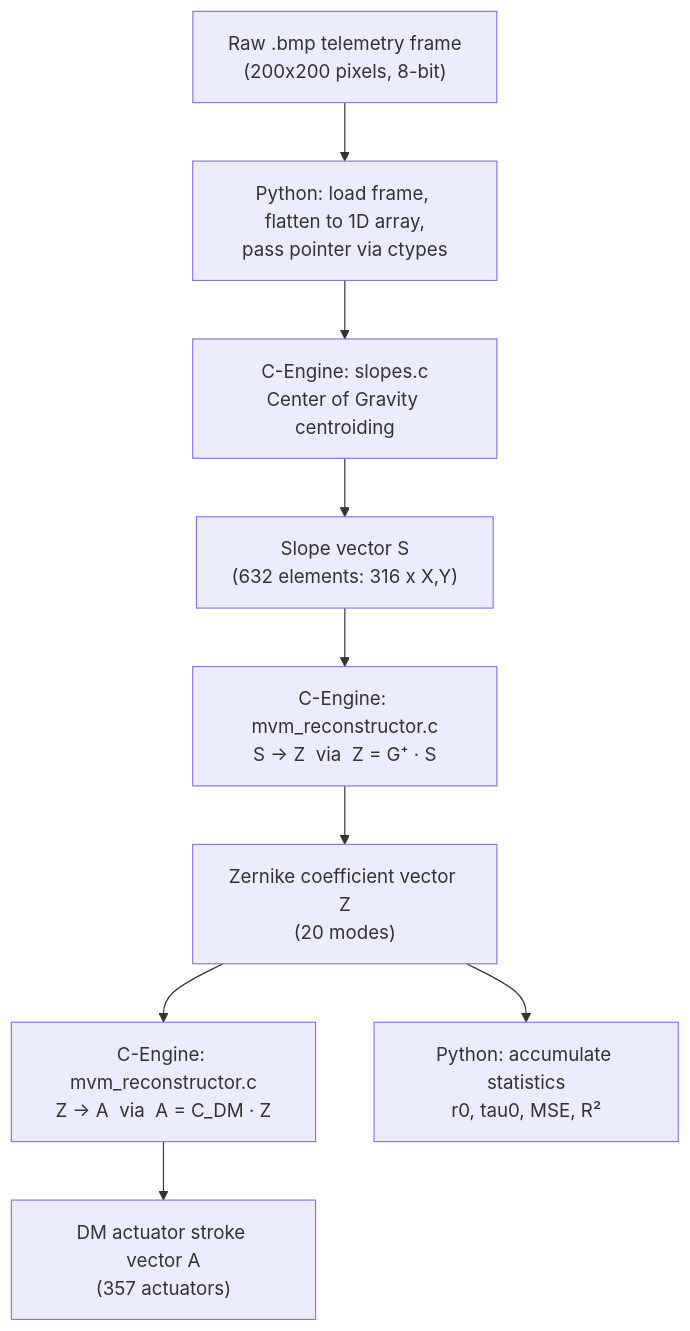
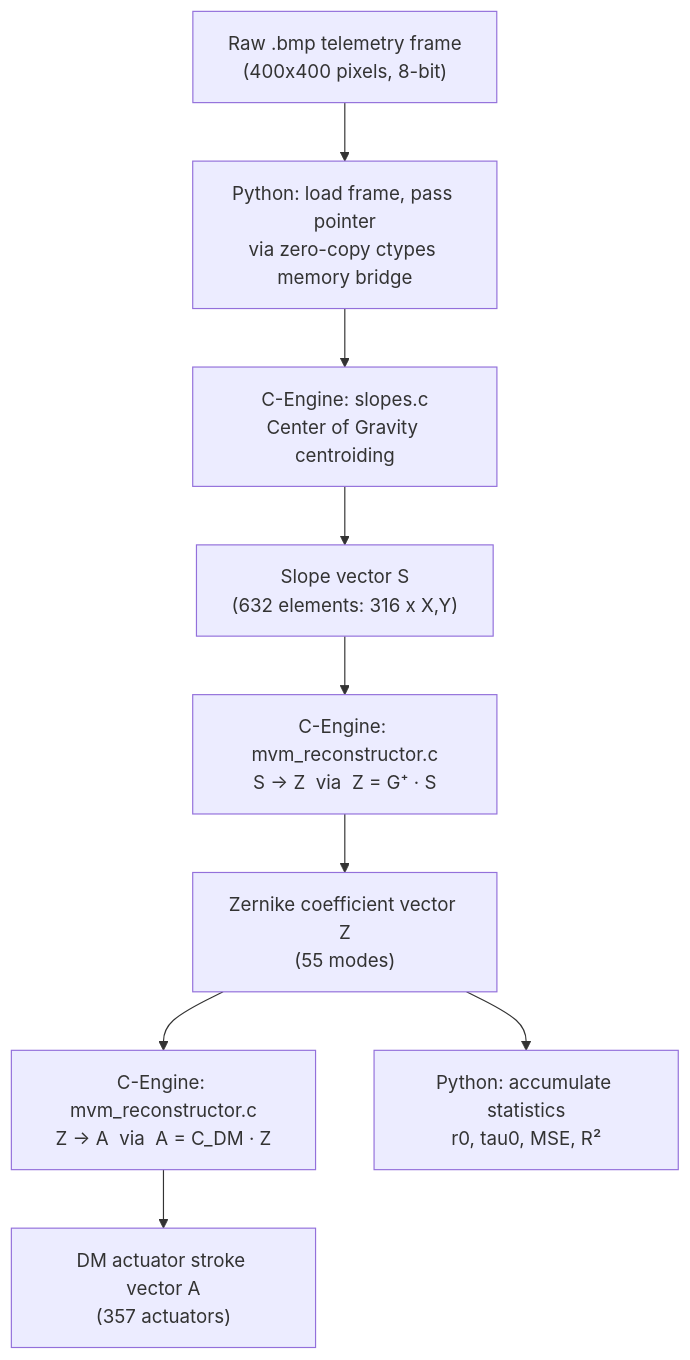
Before and after one commit to Deeven-Seru/project-radius: the diagram in README.md, drawn with Mermaid. The commit also changed other lines of this file and 55 other files, not shown here.

````diff
--- a/README.md
+++ b/README.md
@@ -145,15 +141,15 @@
 ```mermaid
 graph TD
-    A["Raw .bmp telemetry frame\n(200x200 pixels, 8-bit)"]
-    B["Python: load frame, flatten to 1D array,\npass pointer via ctypes"]
+    A["Raw .bmp telemetry frame\n(400x400 pixels, 8-bit)"]
+    B["Python: load frame, pass pointer\nvia zero-copy ctypes memory bridge"]
     C["C-Engine: slopes.c\nCenter of Gravity centroiding"]
     D["Slope vector S\n(632 elements: 316 x X,Y)"]
     E["C-Engine: mvm_reconstructor.c\nS → Z  via  Z = G⁺ · S"]
-    F["Zernike coefficient vector Z\n(20 modes)"]
+    F["Zernike coefficient vector Z\n(55 modes)"]
     G["C-Engine: mvm_reconstructor.c\nZ → A  via  A = C_DM · Z"]
     H["DM actuator stroke vector A\n(357 actuators)"]
     I["Python: accumulate statistics\nr0, tau0, MSE, R²"]
 
     A --> B --> C --> D --> E --> F --> G --> H
     F --> I
 ```
````
